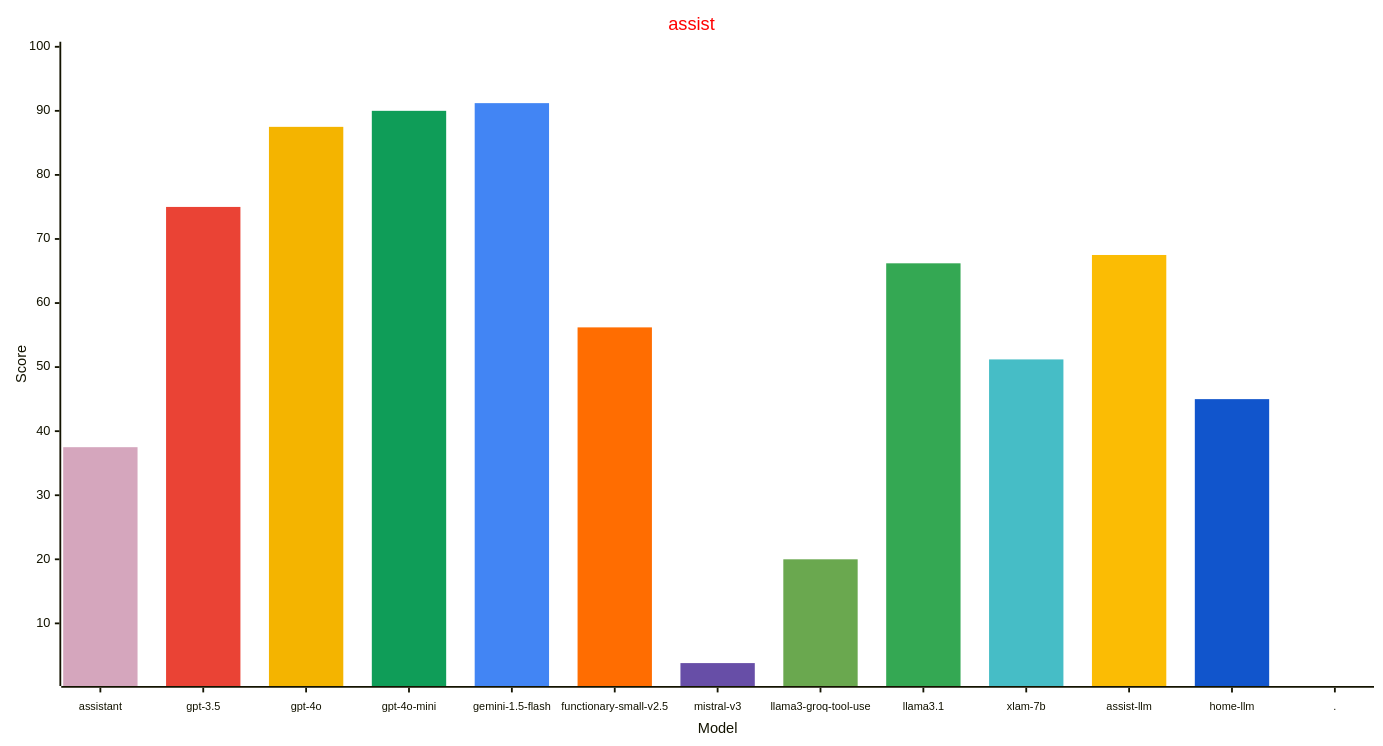
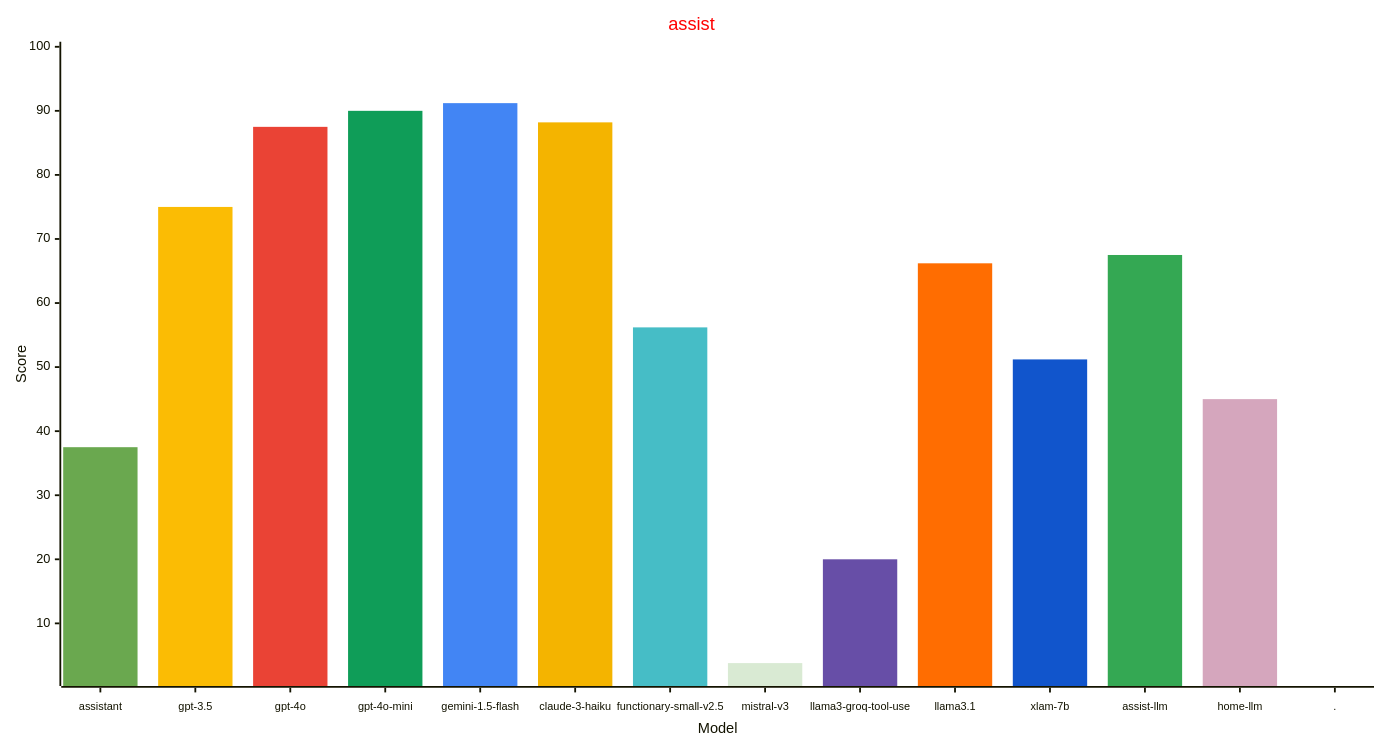
The first of 3 diagrams in reports/README.md (allenporter/home-assistant-datasets), drawn with Mermaid before and after one commit. The commit also changed other lines of this file and 36 other files, not shown here.

Commit message:
Add assist claude-3-haiku evaluation

````diff
--- a/reports/README.md
+++ b/reports/README.md
@@ -42,33 +42,34 @@
 ```mermaid
 ---
 config:
     xyChart:
         width: 1500
         height: 800
         xAxis:
           labelFontSize: 12
           labelPadding: 8
     themeVariables:
         xyChart:
             titleColor: "#ff0000"
-            plotColorPalette: "#d5a6bd, #ea4335, #f4b400, #0f9d58, #4285f4, #ff6d01, #674ea7, #6aa84f, #34a853, #46bdc6, #fbbc04, #1155cc, #4285f4"
+            plotColorPalette: "#6aa84f, #fbbc04, #ea4335, #0f9d58, #4285f4, #f4b400, #46bdc6, #d9ead3, #674ea7, #ff6d01, #1155cc, #34a853, #d5a6bd, #4285f4"
 
 ---
 xychart-beta
   title "assist"
-  x-axis "Model" [assistant, gpt-3.5, gpt-4o, gpt-4o-mini, gemini-1.5-flash, functionary-small-v2.5, mistral-v3, llama3-groq-tool-use, llama3.1, xlam-7b, assist-llm, home-llm, .]
+  x-axis "Model" [assistant, gpt-3.5, gpt-4o, gpt-4o-mini, gemini-1.5-flash, claude-3-haiku, functionary-small-v2.5, mistral-v3, llama3-groq-tool-use, llama3.1, xlam-7b, assist-llm, home-llm, .]
   y-axis "Score" 1 --> 100
-  bar [37.5, 0.0, 0.0, 0.0, 0.0, 0.0, 0.0, 0.0, 0.0, 0.0, 0.0, 0.0, 0.0]
-  bar [0.0, 75.0, 0.0, 0.0, 0.0, 0.0, 0.0, 0.0, 0.0, 0.0, 0.0, 0.0, 0.0]
-  bar [0.0, 0.0, 87.5, 0.0, 0.0, 0.0, 0.0, 0.0, 0.0, 0.0, 0.0, 0.0, 0.0]
-  bar [0.0, 0.0, 0.0, 90.0, 0.0, 0.0, 0.0, 0.0, 0.0, 0.0, 0.0, 0.0, 0.0]
-  bar [0.0, 0.0, 0.0, 0.0, 91.2, 0.0, 0.0, 0.0, 0.0, 0.0, 0.0, 0.0, 0.0]
-  bar [0.0, 0.0, 0.0, 0.0, 0.0, 56.2, 0.0, 0.0, 0.0, 0.0, 0.0, 0.0, 0.0]
-  bar [0.0, 0.0, 0.0, 0.0, 0.0, 0.0, 3.8, 0.0, 0.0, 0.0, 0.0, 0.0, 0.0]
-  bar [0.0, 0.0, 0.0, 0.0, 0.0, 0.0, 0.0, 20.0, 0.0, 0.0, 0.0, 0.0, 0.0]
-  bar [0.0, 0.0, 0.0, 0.0, 0.0, 0.0, 0.0, 0.0, 66.2, 0.0, 0.0, 0.0, 0.0]
-  bar [0.0, 0.0, 0.0, 0.0, 0.0, 0.0, 0.0, 0.0, 0.0, 51.2, 0.0, 0.0, 0.0]
-  bar [0.0, 0.0, 0.0, 0.0, 0.0, 0.0, 0.0, 0.0, 0.0, 0.0, 67.5, 0.0, 0.0]
-  bar [0.0, 0.0, 0.0, 0.0, 0.0, 0.0, 0.0, 0.0, 0.0, 0.0, 0.0, 45.0, 0.0]
-  bar [0.0, 0.0, 0.0, 0.0, 0.0, 0.0, 0.0, 0.0, 0.0, 0.0, 0.0, 0.0, -1.0]
+  bar [37.5, 0.0, 0.0, 0.0, 0.0, 0.0, 0.0, 0.0, 0.0, 0.0, 0.0, 0.0, 0.0, 0.0]
+  bar [0.0, 75.0, 0.0, 0.0, 0.0, 0.0, 0.0, 0.0, 0.0, 0.0, 0.0, 0.0, 0.0, 0.0]
+  bar [0.0, 0.0, 87.5, 0.0, 0.0, 0.0, 0.0, 0.0, 0.0, 0.0, 0.0, 0.0, 0.0, 0.0]
+  bar [0.0, 0.0, 0.0, 90.0, 0.0, 0.0, 0.0, 0.0, 0.0, 0.0, 0.0, 0.0, 0.0, 0.0]
+  bar [0.0, 0.0, 0.0, 0.0, 91.2, 0.0, 0.0, 0.0, 0.0, 0.0, 0.0, 0.0, 0.0, 0.0]
+  bar [0.0, 0.0, 0.0, 0.0, 0.0, 88.2, 0.0, 0.0, 0.0, 0.0, 0.0, 0.0, 0.0, 0.0]
+  bar [0.0, 0.0, 0.0, 0.0, 0.0, 0.0, 56.2, 0.0, 0.0, 0.0, 0.0, 0.0, 0.0, 0.0]
+  bar [0.0, 0.0, 0.0, 0.0, 0.0, 0.0, 0.0, 3.8, 0.0, 0.0, 0.0, 0.0, 0.0, 0.0]
+  bar [0.0, 0.0, 0.0, 0.0, 0.0, 0.0, 0.0, 0.0, 20.0, 0.0, 0.0, 0.0, 0.0, 0.0]
+  bar [0.0, 0.0, 0.0, 0.0, 0.0, 0.0, 0.0, 0.0, 0.0, 66.2, 0.0, 0.0, 0.0, 0.0]
+  bar [0.0, 0.0, 0.0, 0.0, 0.0, 0.0, 0.0, 0.0, 0.0, 0.0, 51.2, 0.0, 0.0, 0.0]
+  bar [0.0, 0.0, 0.0, 0.0, 0.0, 0.0, 0.0, 0.0, 0.0, 0.0, 0.0, 67.5, 0.0, 0.0]
+  bar [0.0, 0.0, 0.0, 0.0, 0.0, 0.0, 0.0, 0.0, 0.0, 0.0, 0.0, 0.0, 45.0, 0.0]
+  bar [0.0, 0.0, 0.0, 0.0, 0.0, 0.0, 0.0, 0.0, 0.0, 0.0, 0.0, 0.0, 0.0, -1.0]
 ```
````
